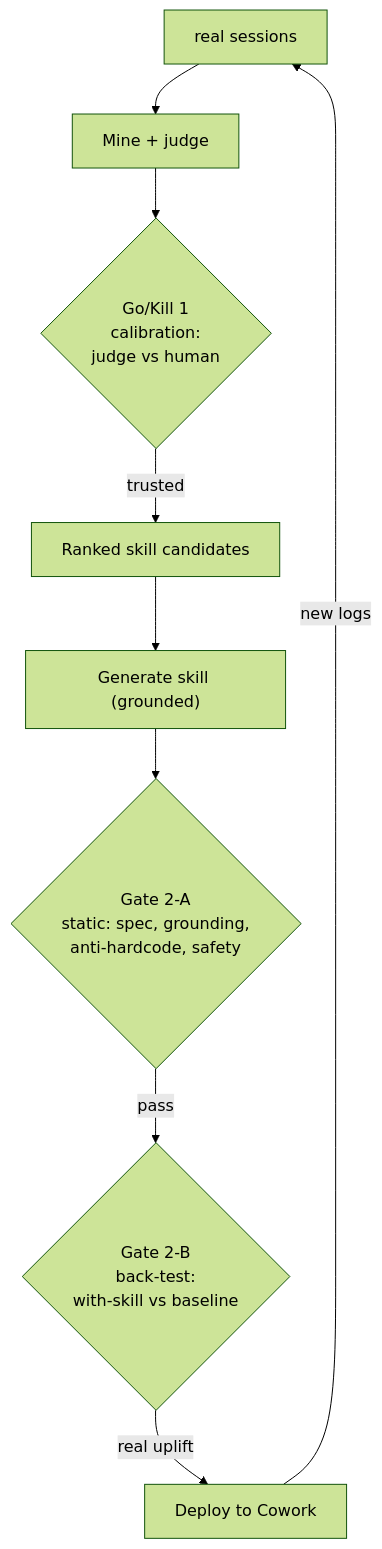
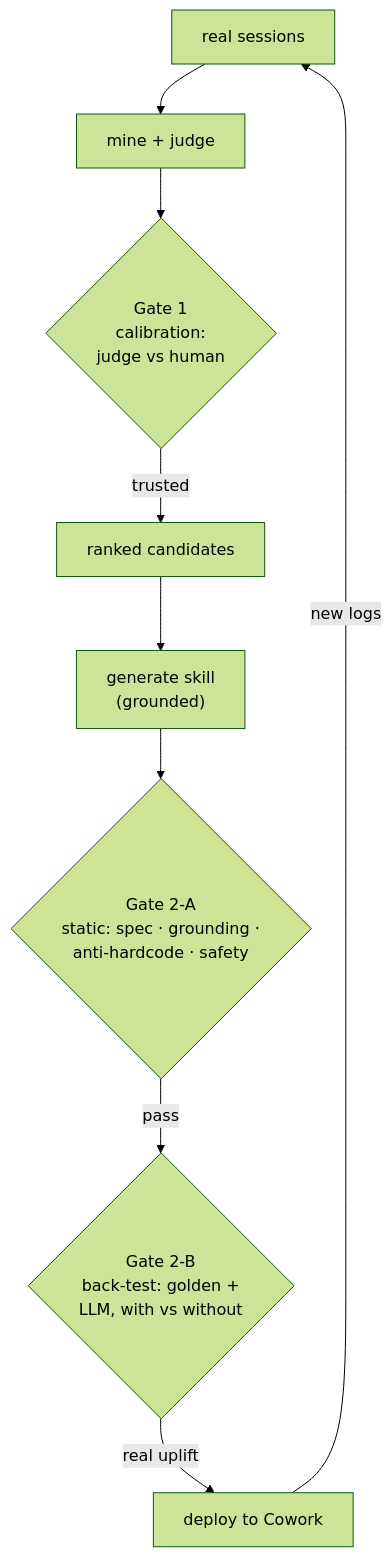
The third of 4 diagrams in README.md (sines05/cowork-skill-gen), drawn with Mermaid (forest theme) before and after one commit. The commit also changed other lines of this file, not shown here.

First line of the commit message:
docs: clean up README diagrams (concise, consistent, accurate)

````diff
--- a/README.md
+++ b/README.md
@@ -74,11 +73,11 @@
 ```mermaid
 flowchart TD
-    logs["real sessions"] --> mine["Mine + judge"]
-    mine --> g1{"Go/Kill 1<br/>calibration:<br/>judge vs human"}
-    g1 -->|trusted| cand["Ranked skill candidates"]
-    cand --> gen["Generate skill (grounded)"]
-    gen --> g2a{"Gate 2-A<br/>static: spec, grounding,<br/>anti-hardcode, safety"}
-    g2a -->|pass| g2b{"Gate 2-B<br/>back-test:<br/>with-skill vs baseline"}
-    g2b -->|real uplift| deploy["Deploy to Cowork"]
+    logs["real sessions"] --> mine["mine + judge"]
+    mine --> g1{"Gate 1<br/>calibration:<br/>judge vs human"}
+    g1 -->|trusted| cand["ranked candidates"]
+    cand --> gen["generate skill<br/>(grounded)"]
+    gen --> g2a{"Gate 2-A<br/>static: spec · grounding ·<br/>anti-hardcode · safety"}
+    g2a -->|pass| g2b{"Gate 2-B<br/>back-test: golden +<br/>LLM, with vs without"}
+    g2b -->|real uplift| deploy["deploy to Cowork"]
     deploy -->|new logs| logs
 ```
````
